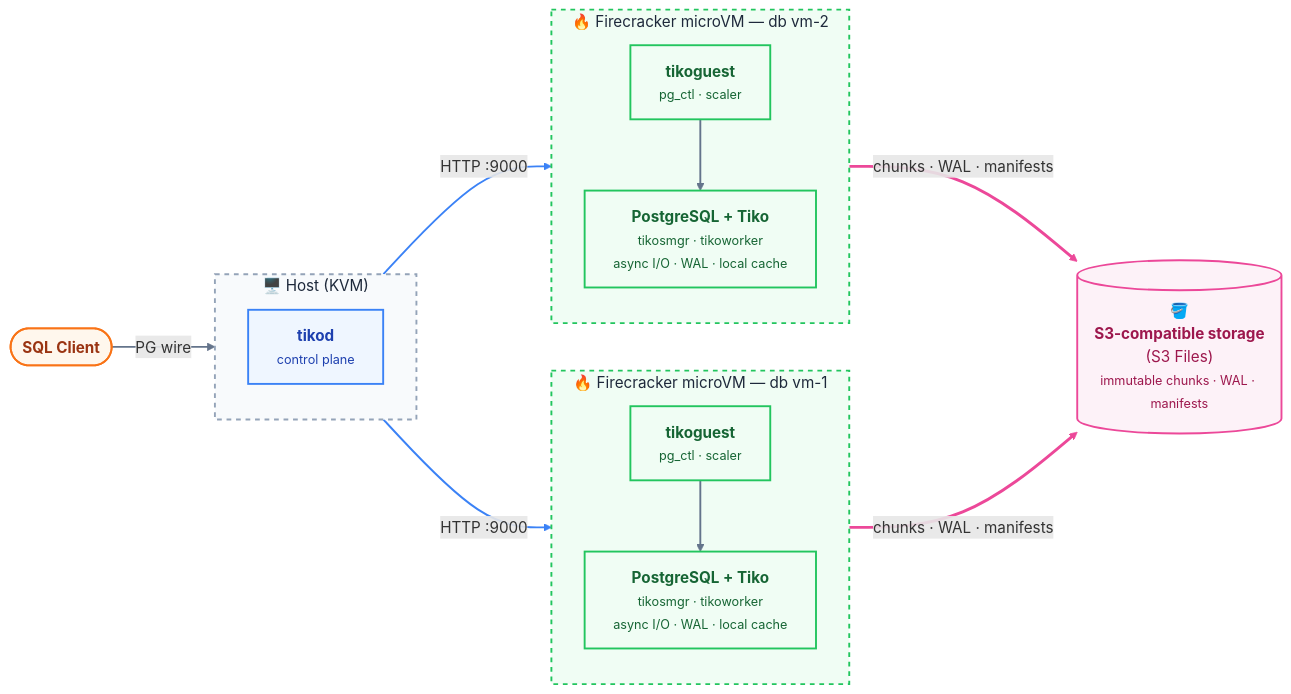
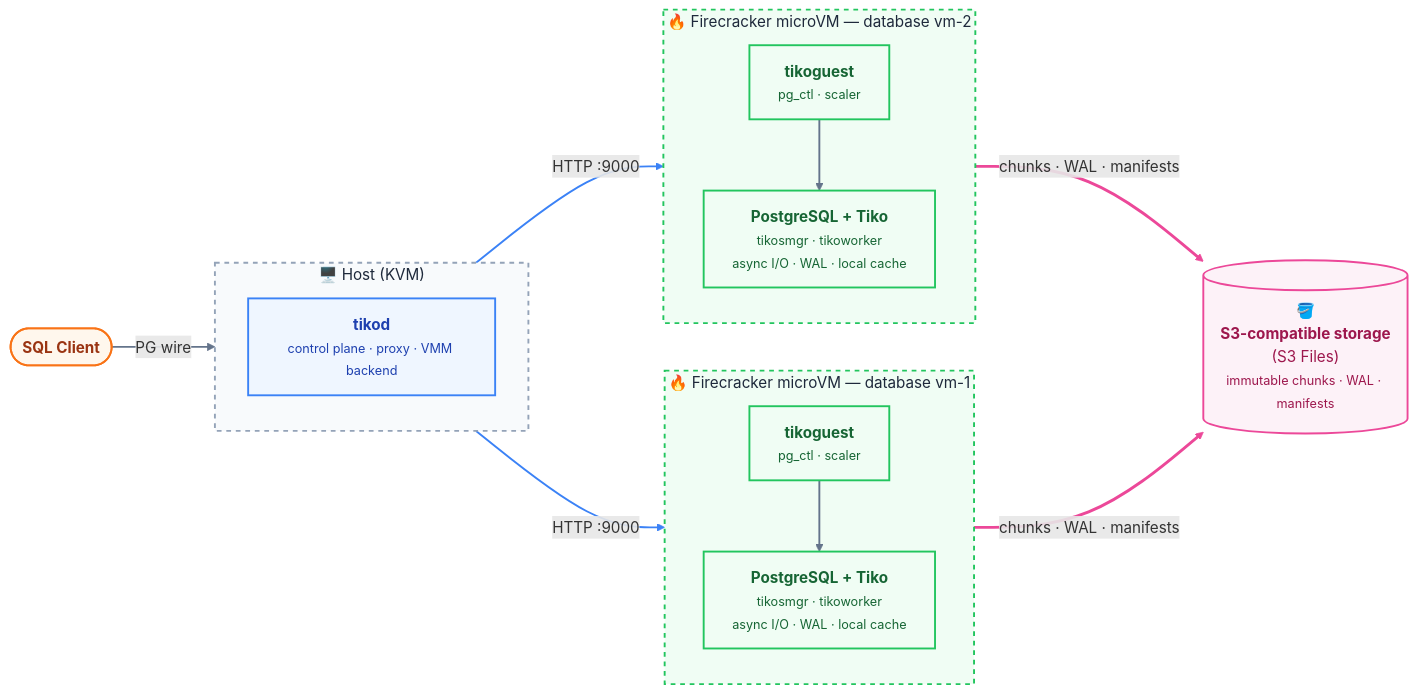
One commit to burmecia/tiko changed the diagram in README.md. Above: the diagram before and after it, drawn with Mermaid.

Commit message:
udpate diagram

````diff
--- a/README.md
+++ b/README.md
@@ -34,54 +34,54 @@
 ```mermaid
 %%{init: {"themeVariables": {"titleColor": "#1e293b", "clusterBkg": "#f8fafc", "clusterBorder": "#94a3b8"}}}%%
 flowchart LR
   Client(["<b>SQL Client</b>"])
 
   subgraph Host ["🖥️ Host (KVM)"]
     direction TB
-    Tikod["<b>tikod</b><br/><small>control plane</small>"]
+    Tikod["<b>tikod</b><br/><small>control plane · proxy · VMM backend</small>"]
   end
 
-  subgraph VM1 ["🔥 Firecracker microVM — db vm-1"]
+  subgraph VM1 ["🔥 Firecracker microVM — database vm-1"]
     direction TB
     Guest1["<b>tikoguest</b><br/><small>pg_ctl · scaler</small>"]
     PG1["<b>PostgreSQL + Tiko</b><br/><small>tikosmgr · tikoworker<br/>async I/O · WAL · local cache</small>"]
     Guest1 --> PG1
   end
 
-  subgraph VM2 ["🔥 Firecracker microVM — db vm-2"]
+  subgraph VM2 ["🔥 Firecracker microVM — database vm-2"]
     direction TB
     Guest2["<b>tikoguest</b><br/><small>pg_ctl · scaler</small>"]
     PG2["<b>PostgreSQL + Tiko</b><br/><small>tikosmgr · tikoworker<br/>async I/O · WAL · local cache</small>"]
     Guest2 --> PG2
   end
 
   S3[("🪣<br/><b>S3-compatible storage</b><br/>(S3 Files)<br/><small>immutable chunks · WAL · manifests</small>")]
 
   Client -->|PG wire| Tikod
   Tikod -->|HTTP :9000| Guest1
   Tikod -->|HTTP :9000| Guest2
   PG1 ==>|chunks · WAL · manifests| S3
   PG2 ==>|chunks · WAL · manifests| S3
 
   classDef client fill:#fff7ed,stroke:#f97316,stroke-width:2px,color:#9a3412
   classDef control fill:#eff6ff,stroke:#3b82f6,stroke-width:2px,color:#1e40af
   classDef vm fill:#f0fdf4,stroke:#22c55e,stroke-width:2px,color:#166534
   classDef storage fill:#fdf2f8,stroke:#ec4899,stroke-width:2px,color:#9d174d
 
   class Client client
   class Tikod control
   class Guest1,PG1,Guest2,PG2 vm
   class S3 storage
 
   style Host fill:#f8fafc,stroke:#94a3b8,stroke-width:2px,stroke-dasharray:5 5
   style VM1 fill:#f0fdf4,stroke:#22c55e,stroke-width:2px,stroke-dasharray:5 5
   style VM2 fill:#f0fdf4,stroke:#22c55e,stroke-width:2px,stroke-dasharray:5 5
   style S3 fill:#fdf2f8,stroke:#ec4899,stroke-width:2px
   linkStyle 0 stroke:#64748b,stroke-width:2px
   linkStyle 1 stroke:#64748b,stroke-width:2px
   linkStyle 2 stroke:#64748b,stroke-width:2px
   linkStyle 3 stroke:#3b82f6,stroke-width:2px
   linkStyle 4 stroke:#3b82f6,stroke-width:2px
   linkStyle 5 stroke:#ec4899,stroke-width:3px
   linkStyle 6 stroke:#ec4899,stroke-width:3px
 ```
````
